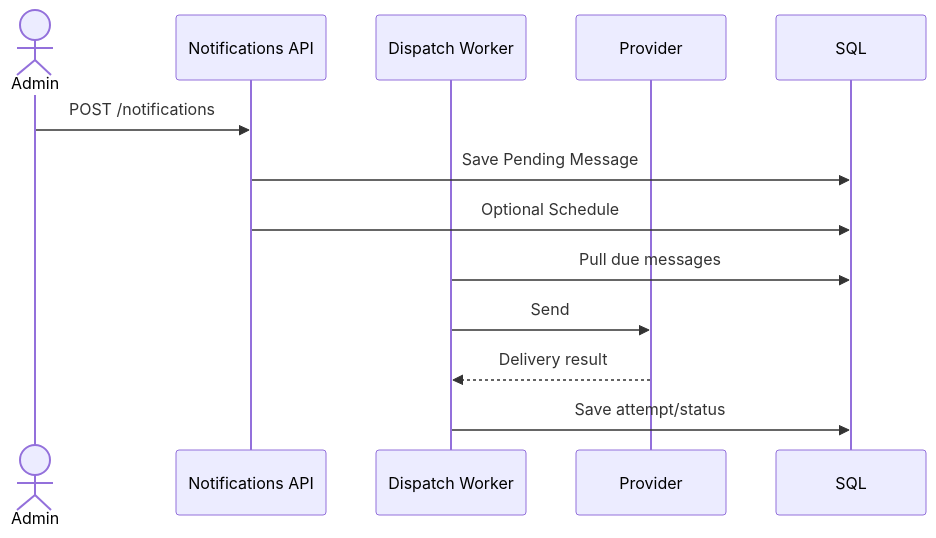
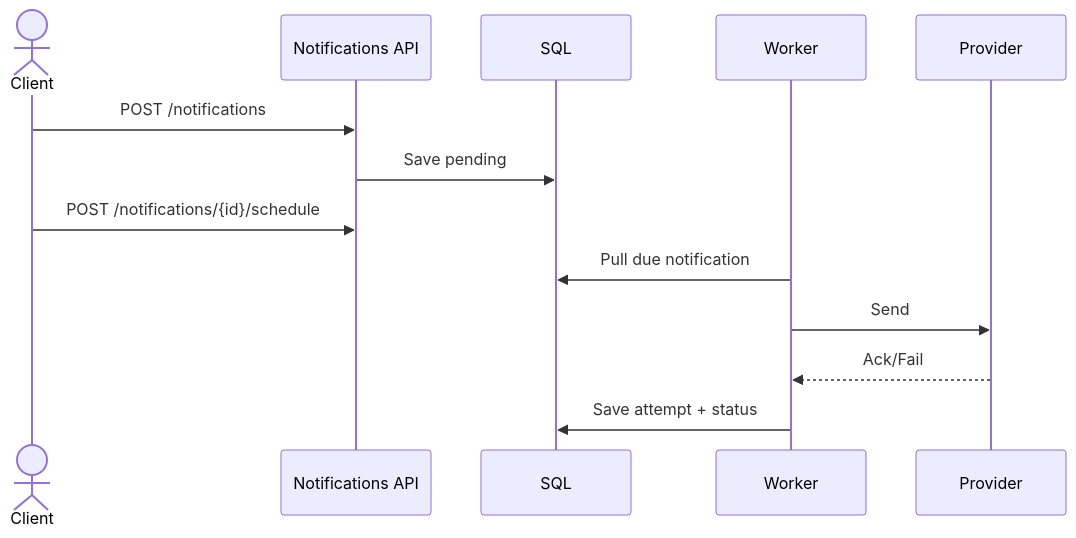
Before and after one commit to FarhadAhmadi/CleanArchitecture-Base: the seventh of 15 diagrams in docs/modules/Usage-and-Workflows-fa.md, drawn with Mermaid. The commit also changed other lines of this file and 12 other files, not shown here.

````diff
--- a/docs/modules/Usage-and-Workflows-fa.md
+++ b/docs/modules/Usage-and-Workflows-fa.md
@@ -134,15 +263,15 @@
 ```mermaid
 sequenceDiagram
-    actor Admin
+    actor Client
     participant API as Notifications API
-    participant W as Dispatch Worker
+    participant DB as SQL
+    participant W as Worker
     participant P as Provider
-    participant DB as SQL
-    Admin->>API: POST /notifications
-    API->>DB: Save Pending Message
-    API->>DB: Optional Schedule
-    W->>DB: Pull due messages
+    Client->>API: POST /notifications
+    API->>DB: Save pending
+    Client->>API: POST /notifications/{id}/schedule
+    W->>DB: Pull due notification
     W->>P: Send
-    P-->>W: Delivery result
-    W->>DB: Save attempt/status
+    P-->>W: Ack/Fail
+    W->>DB: Save attempt + status
 ```
````
